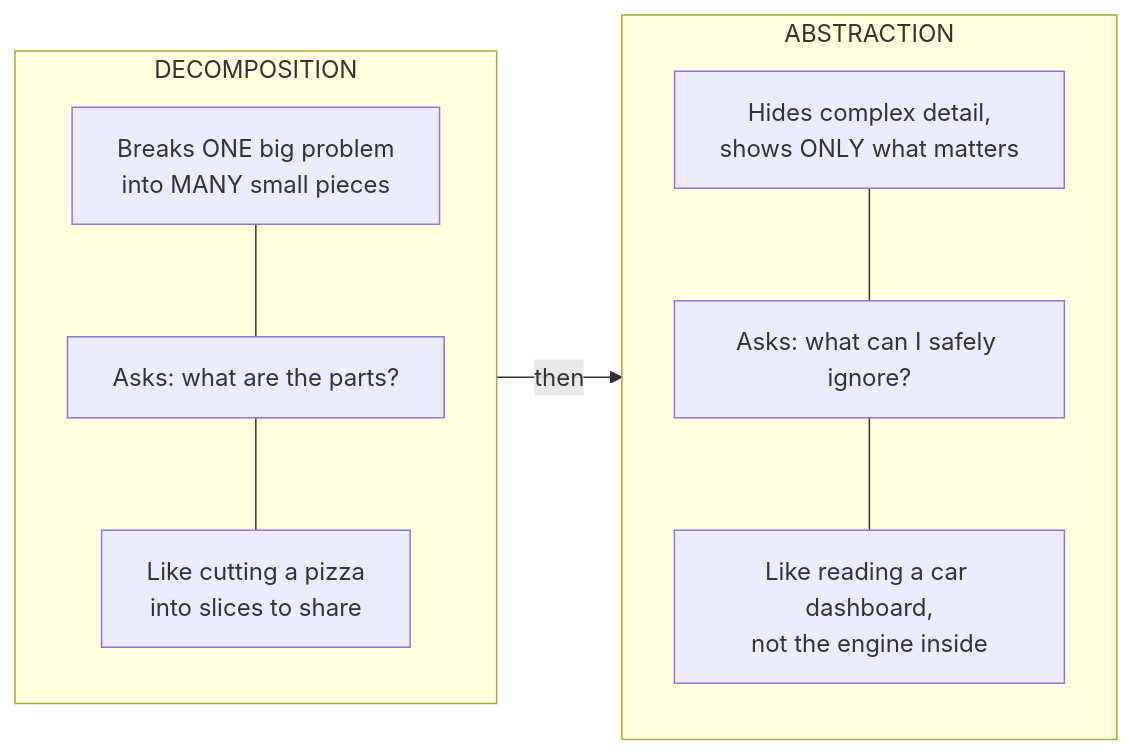
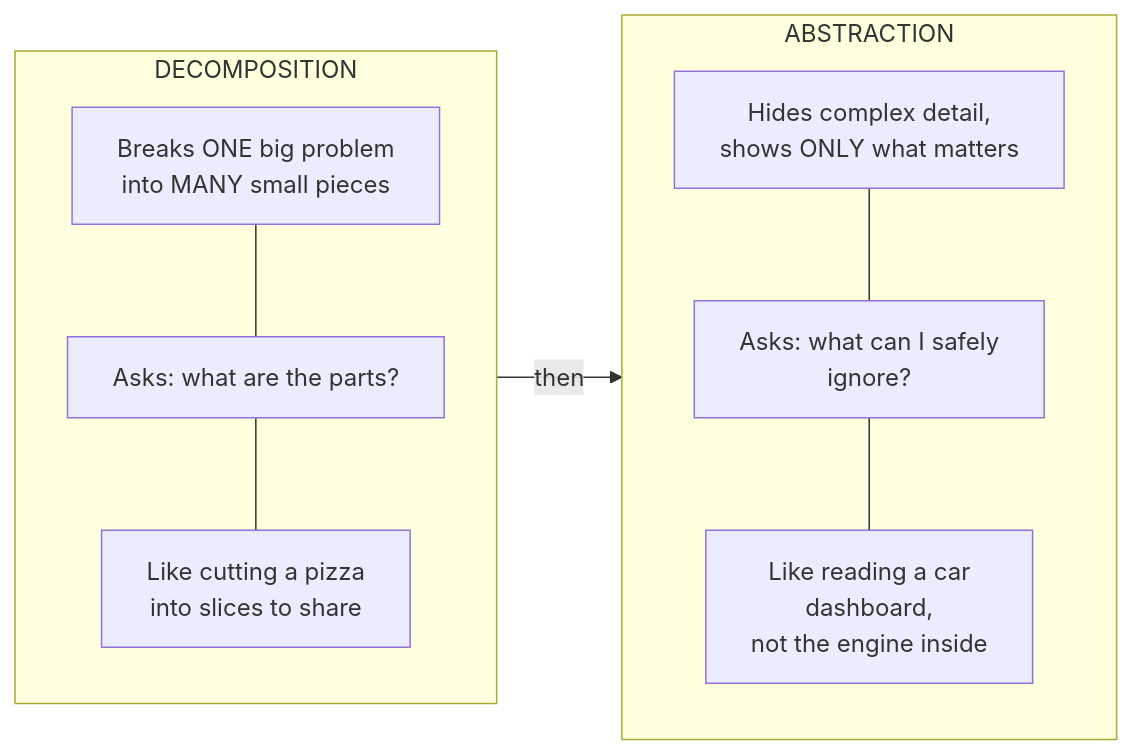
Before and after one commit to VishnuKumpati/Python-foundations: the fourth of 5 diagrams in modules/m1-computational-thinking/unit-m1-2-core-computational-thinking-skills.md, drawn with Mermaid. The commit also changed other lines of this file, not shown here.

````diff
--- a/modules/m1-computational-thinking/unit-m1-2-core-computational-thinking-skills.md
+++ b/modules/m1-computational-thinking/unit-m1-2-core-computational-thinking-skills.md
@@ -120,18 +120,18 @@
 ```mermaid
 flowchart LR
     subgraph DEC["DECOMPOSITION"]
         direction TB
         D1["Breaks ONE big problem<br/>into MANY small pieces"]
         D2["Asks: what are the parts?"]
         D3["Like cutting a pizza<br/>into slices to share"]
         D1 --- D2 --- D3
     end
     subgraph ABS["ABSTRACTION"]
         direction TB
         A1["Hides complex detail,<br/>shows ONLY what matters"]
-        A2["Asks: what can I safely ignore?"]
-        A3["Like reading a car dashboard,<br/>not the engine inside"]
+        A2["Asks: what can I safely  \n ignore?"]
+        A3["Like reading a car  \n dashboard,<br/>not the engine inside"]
         A1 --- A2 --- A3
     end
     DEC -->|then| ABS
 ```
````
